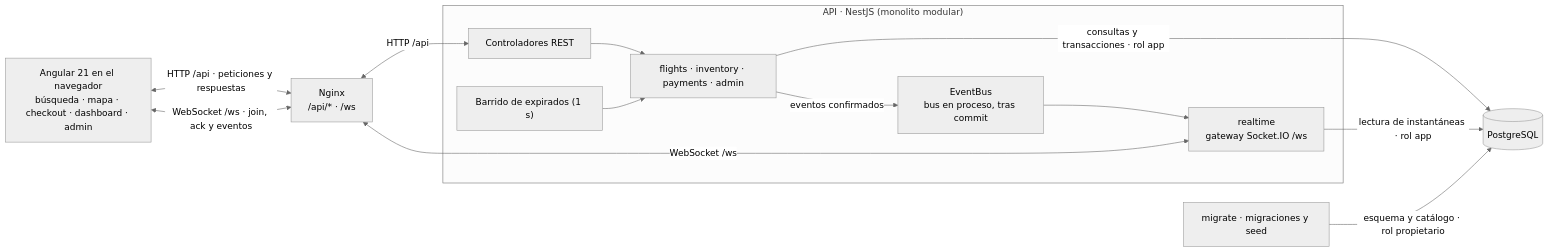
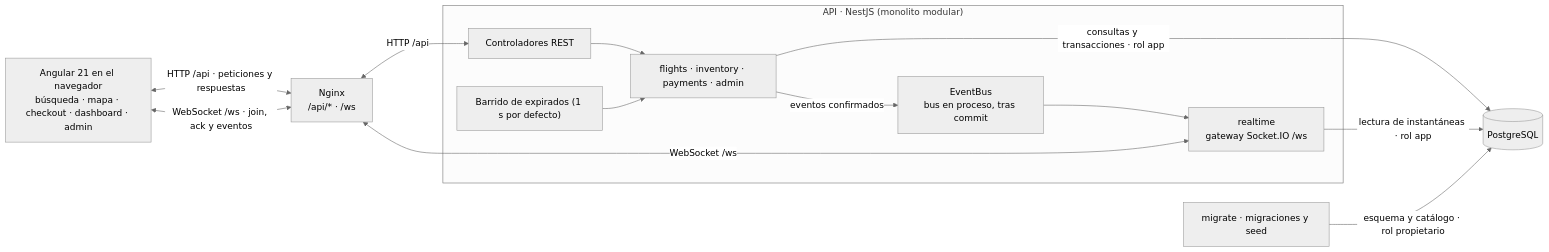
One commit to ingebatista/aeropulse-flight-booking changed the first of 4 diagrams in docs/architecture.md. Above: the diagram before and after it, drawn with Mermaid (neutral theme). The commit also changed other lines of this file and 33 other files, not shown here.

````diff
--- a/docs/architecture.md
+++ b/docs/architecture.md
@@ -25,27 +25,27 @@
 ```mermaid
 flowchart LR
   FE["Angular 21 en el navegador<br/>búsqueda · mapa · checkout · dashboard · admin"]
   NG["Nginx<br/>/api/* · /ws"]
 
   subgraph API["API · NestJS (monolito modular)"]
     CTRL["Controladores REST"]
     SVC["flights · inventory · payments · admin"]
-    JOB["Barrido de expirados (1 s)"]
+    JOB["Barrido de expirados (1 s por defecto)"]
     BUS["EventBus<br/>bus en proceso, tras commit"]
     RT["realtime<br/>gateway Socket.IO /ws"]
   end
 
   DB[("PostgreSQL")]
   MIG["migrate · migraciones y seed"]
 
   FE <-->|"HTTP /api · peticiones y respuestas"| NG
   FE <-->|"WebSocket /ws · join, ack y eventos"| NG
   NG <-->|"HTTP /api"| CTRL
   NG <-->|"WebSocket /ws"| RT
   CTRL --> SVC
   JOB --> SVC
   SVC -- "consultas y transacciones · rol app" --> DB
   RT -- "lectura de instantáneas · rol app" --> DB
   MIG -- "esquema y catálogo · rol propietario" --> DB
   SVC -- "eventos confirmados" --> BUS --> RT
 ```
````
